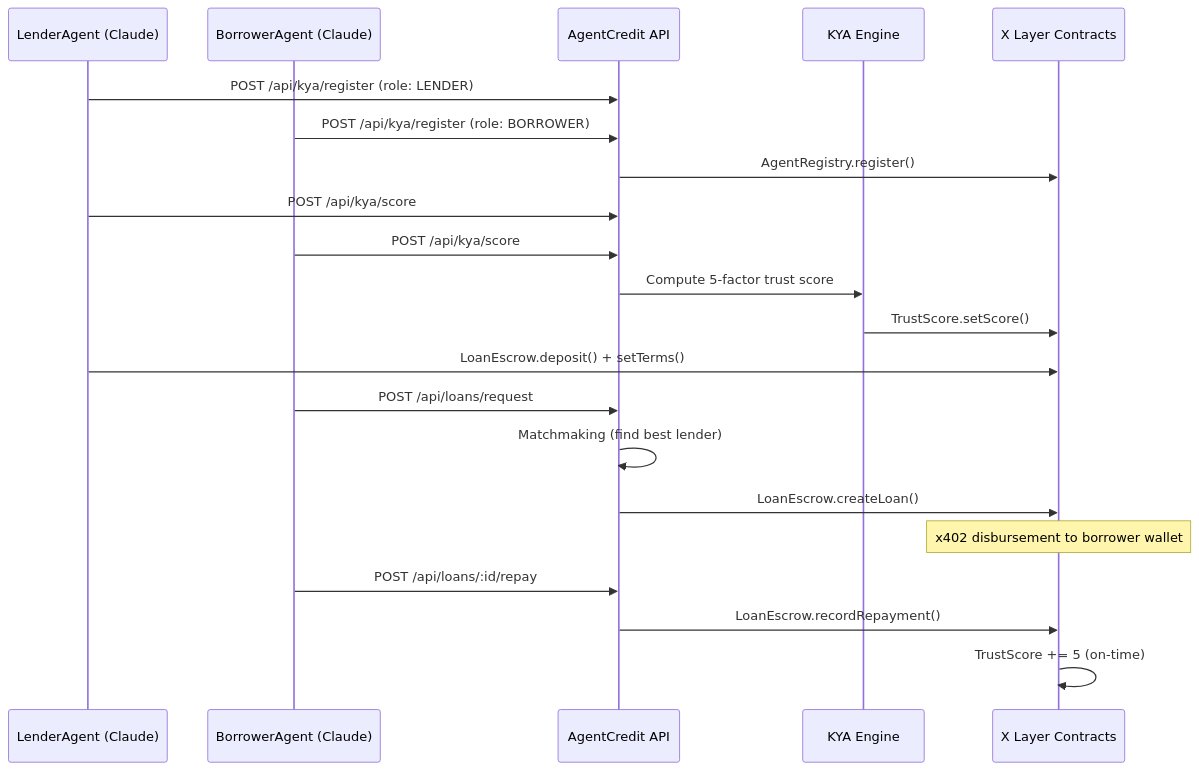
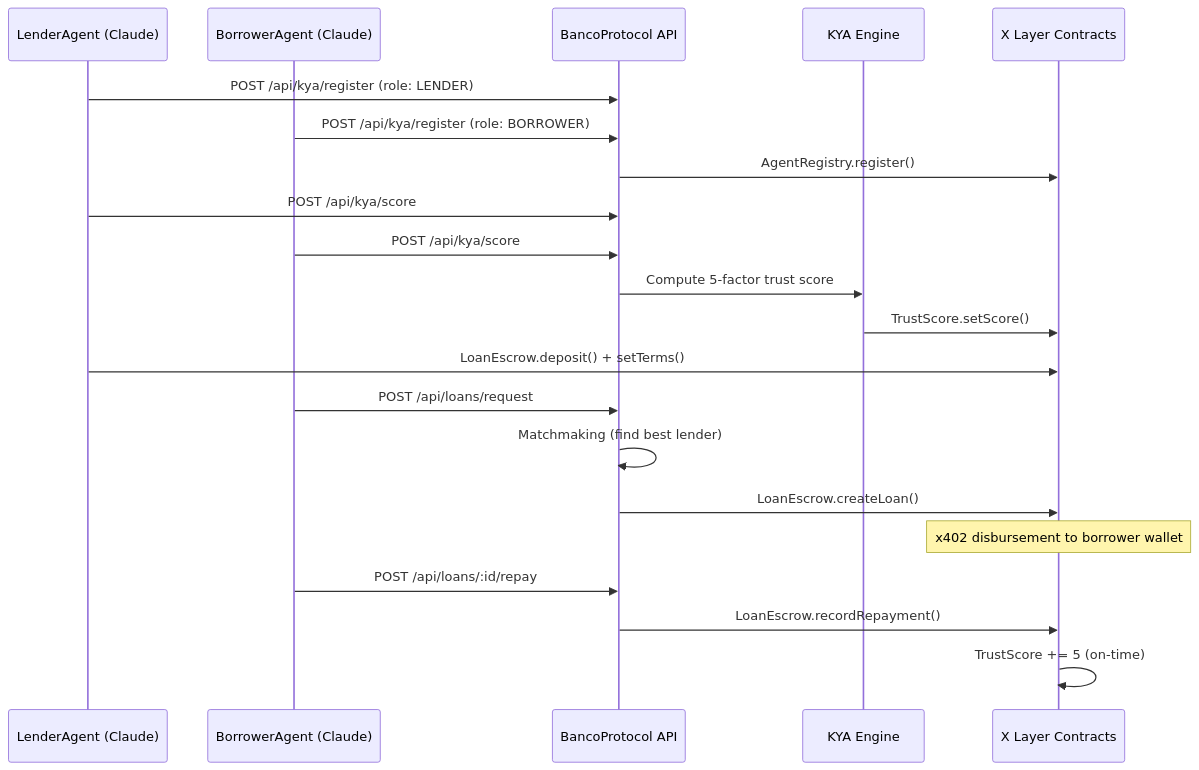
Before and after one commit to jonumhills/agentcredit: the third of 3 diagrams in README.md, drawn with Mermaid. The commit also changed other lines of this file and 1 other file, not shown here.

Commit message:
Rename project to BancoProtocol in README and root package.json

````diff
--- a/README.md
+++ b/README.md
@@ -101,30 +101,30 @@
 ```mermaid
 sequenceDiagram
     participant LA as LenderAgent (Claude)
     participant BA as BorrowerAgent (Claude)
-    participant API as AgentCredit API
+    participant API as BancoProtocol API
     participant KYA as KYA Engine
     participant SC as X Layer Contracts
 
     LA->>API: POST /api/kya/register (role: LENDER)
     BA->>API: POST /api/kya/register (role: BORROWER)
 
     API->>SC: AgentRegistry.register()
 
     LA->>API: POST /api/kya/score
     BA->>API: POST /api/kya/score
     API->>KYA: Compute 5-factor trust score
     KYA->>SC: TrustScore.setScore()
 
     LA->>SC: LoanEscrow.deposit() + setTerms()
 
     BA->>API: POST /api/loans/request
     API->>API: Matchmaking (find best lender)
     API->>SC: LoanEscrow.createLoan()
 
     Note over SC: x402 disbursement to borrower wallet
 
     BA->>API: POST /api/loans/:id/repay
     API->>SC: LoanEscrow.recordRepayment()
     SC->>SC: TrustScore += 5 (on-time)
 ```
````
